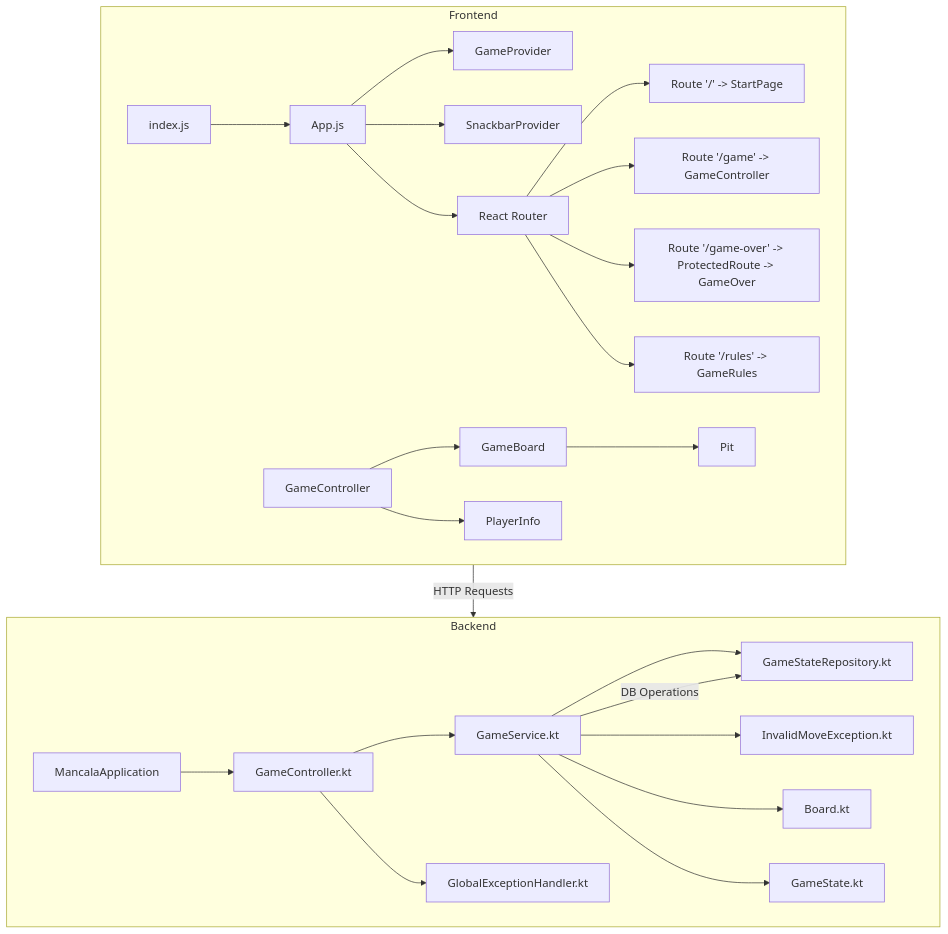
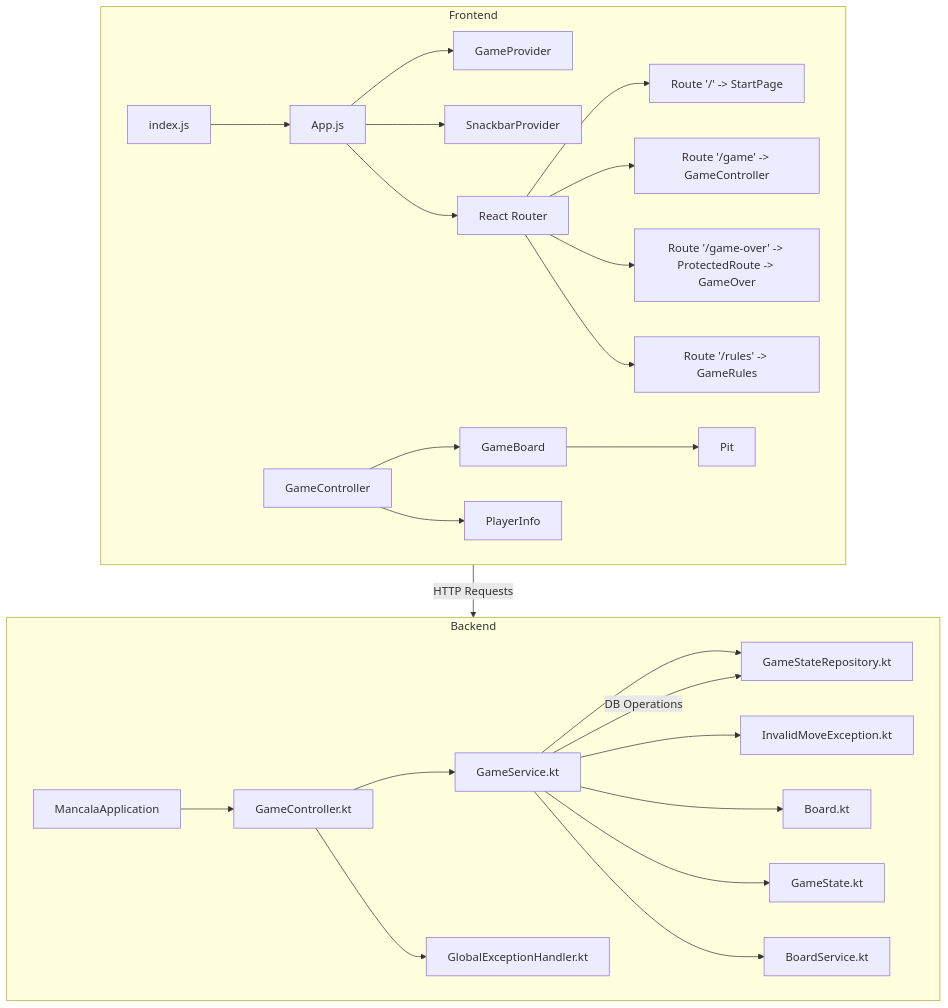
One commit to lameesemad1996/mancala-app changed the first of 3 diagrams in README.md. Above: the diagram before and after it, drawn with Mermaid. The commit also changed 9 other files, not shown here.

Commit message:
* Extract board logic into a service * Refactor * Add logging * Update README.md

````diff
--- a/README.md
+++ b/README.md
@@ -41,30 +41,32 @@
 ```mermaid
 graph TD;
     subgraph Frontend
         indexJS[index.js] --> AppJS[App.js]
         AppJS --> GameProvider[GameProvider]
         AppJS --> SnackbarProvider[SnackbarProvider]
         AppJS --> Router[React Router]
         Router --> RouteStartPage["Route '/' -> StartPage"]
         Router --> RouteGame["Route '/game' -> GameController"]
         Router --> RouteGameOver["Route '/game-over' -> ProtectedRoute -> GameOver"]
         Router --> RouteRules["Route '/rules' -> GameRules"]
         GameController --> GameBoard[GameBoard]
         GameController --> PlayerInfo[PlayerInfo]
         GameBoard --> Pit[Pit]
     end
 
     subgraph Backend
         MancalaApplication[MancalaApplication]
         MancalaApplication --> GameControllerKT[GameController.kt]
         GameControllerKT --> GameServiceKT[GameService.kt]
         GameServiceKT --> GameStateRepo[GameStateRepository.kt]
         GameServiceKT --> InvalidMoveExceptionKT[InvalidMoveException.kt]
         GameServiceKT --> BoardKT[Board.kt]
         GameServiceKT --> GameStateKT[GameState.kt]
         GameControllerKT --> GlobalExceptionHandlerKT[GlobalExceptionHandler.kt]
+        GameServiceKT --> BoardServiceKT[BoardService.kt]
     end
 
     Frontend -->|HTTP Requests| Backend
     GameServiceKT -->|DB Operations| GameStateRepo
+
 ```
````
